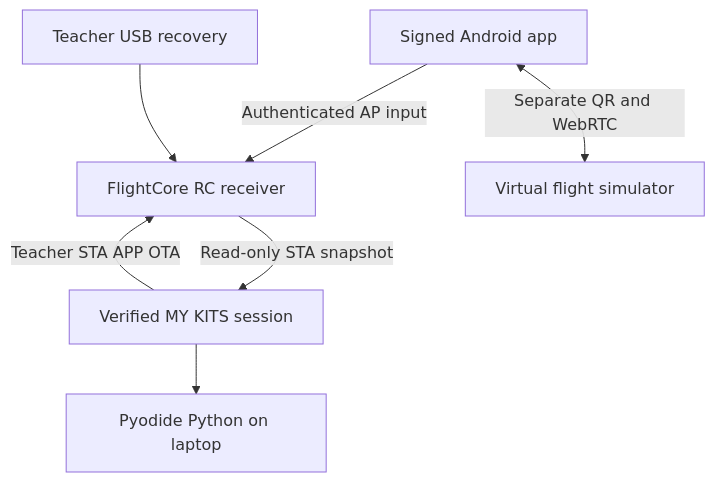
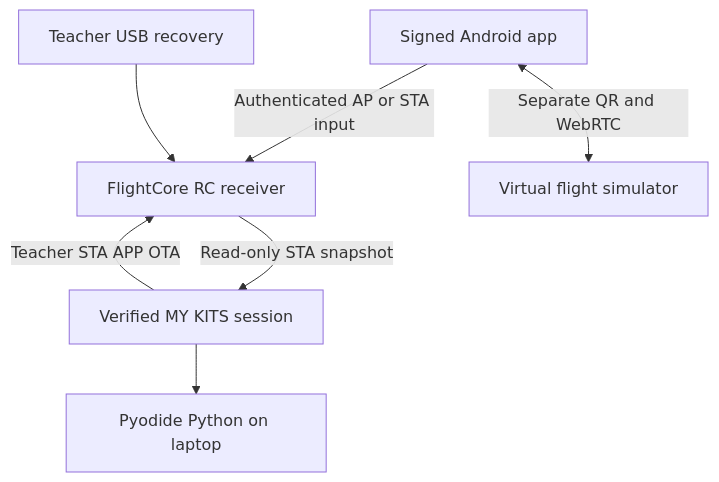
Before and after one commit to chilchiltrips-boop/dronelab: the diagram in CONNECTION_ARCHITECTURE.md, drawn with Mermaid. The commit also changed other lines of this file and 7 other files, not shown here.

Commit message:
Enable verified Android STA diagnostic control alongside AP

````diff
--- a/CONNECTION_ARCHITECTURE.md
+++ b/CONNECTION_ARCHITECTURE.md
@@ -5,9 +5,9 @@
 ```mermaid
 flowchart TD
-    A[Signed Android app] -->|Authenticated AP input| B[FlightCore RC receiver]
+    A[Signed Android app] -->|Authenticated AP or STA input| B[FlightCore RC receiver]
     B -->|Read-only STA snapshot| C[Verified MY KITS session]
     C --> D[Pyodide Python on laptop]
     A <-->|Separate QR and WebRTC| E[Virtual flight simulator]
     F[Teacher USB recovery] --> B
     C -->|Teacher STA APP OTA| B
 ```
````
